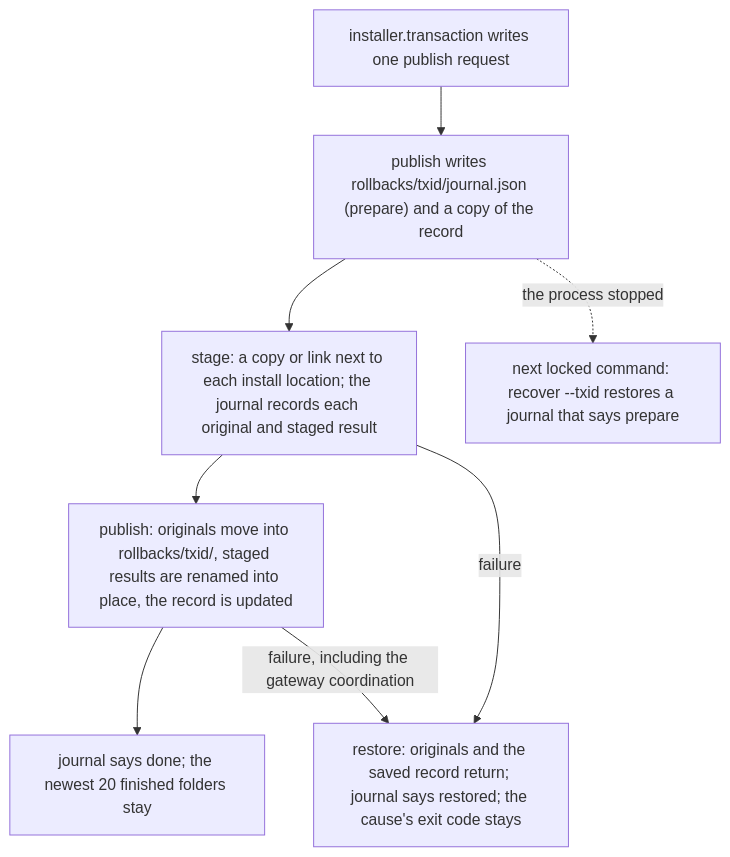
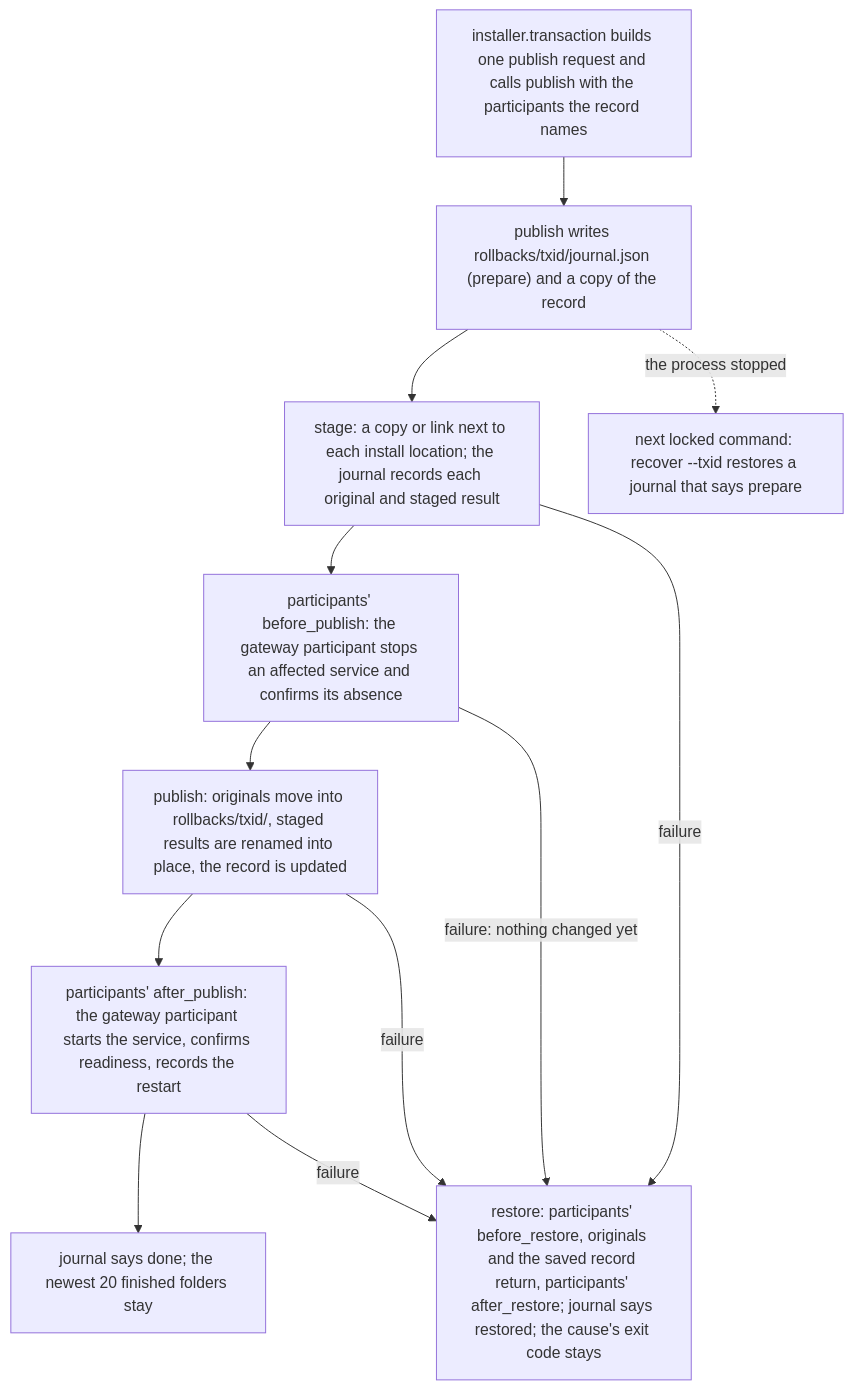
The first of 2 diagrams in docs/reference/installer-architecture.md (AidALL/ghost-alice), drawn with Mermaid before and after one commit. The commit also changed other lines of this file and 13 other files, not shown here.

````diff
--- a/docs/reference/installer-architecture.md
+++ b/docs/reference/installer-architecture.md
@@ -97,14 +101,18 @@
 ```mermaid
 flowchart TB
-    REQ["installer.transaction writes one publish request"]
+    REQ["installer.transaction builds one publish request and calls publish with the participants the record names"]
     JR["publish writes rollbacks/txid/journal.json (prepare) and a copy of the record"]
     ST["stage: a copy or link next to each install location; the journal records each original and staged result"]
+    BEF["participants' before_publish: the gateway participant stops an affected service and confirms its absence"]
     PUB["publish: originals move into rollbacks/txid/, staged results are renamed into place, the record is updated"]
+    AFT["participants' after_publish: the gateway participant starts the service, confirms readiness, records the restart"]
     DONE["journal says done; the newest 20 finished folders stay"]
-    RS["restore: originals and the saved record return; journal says restored; the cause's exit code stays"]
+    RS["restore: participants' before_restore, originals and the saved record return, participants' after_restore; journal says restored; the cause's exit code stays"]
     NEXT["next locked command: recover --txid restores a journal that says prepare"]
-    REQ --> JR --> ST --> PUB --> DONE
+    REQ --> JR --> ST --> BEF --> PUB --> AFT --> DONE
     ST -->|"failure"| RS
-    PUB -->|"failure, including the gateway coordination"| RS
+    BEF -->|"failure: nothing changed yet"| RS
+    PUB -->|"failure"| RS
+    AFT -->|"failure"| RS
     JR -.->|"the process stopped"| NEXT
 ```
````
